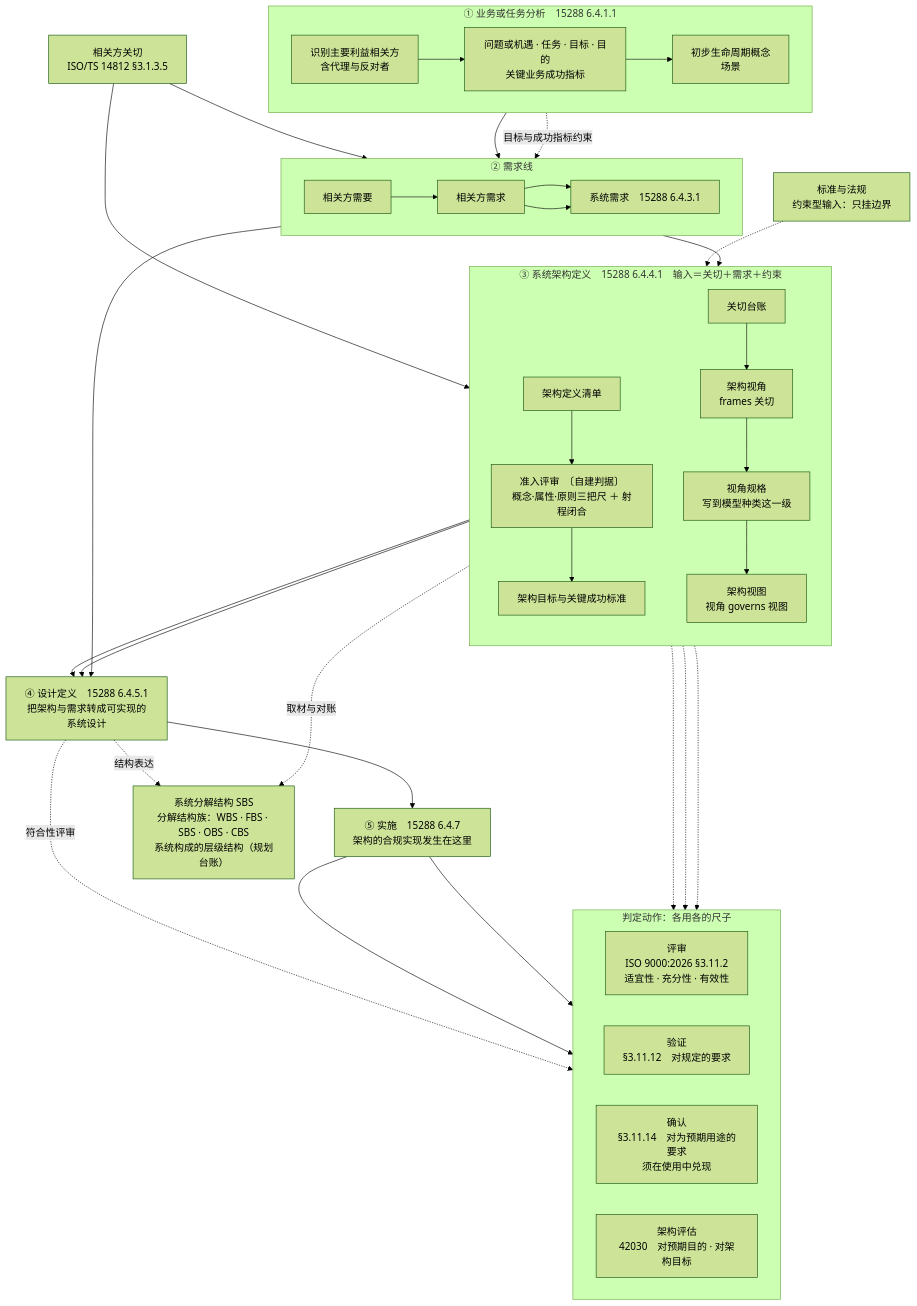
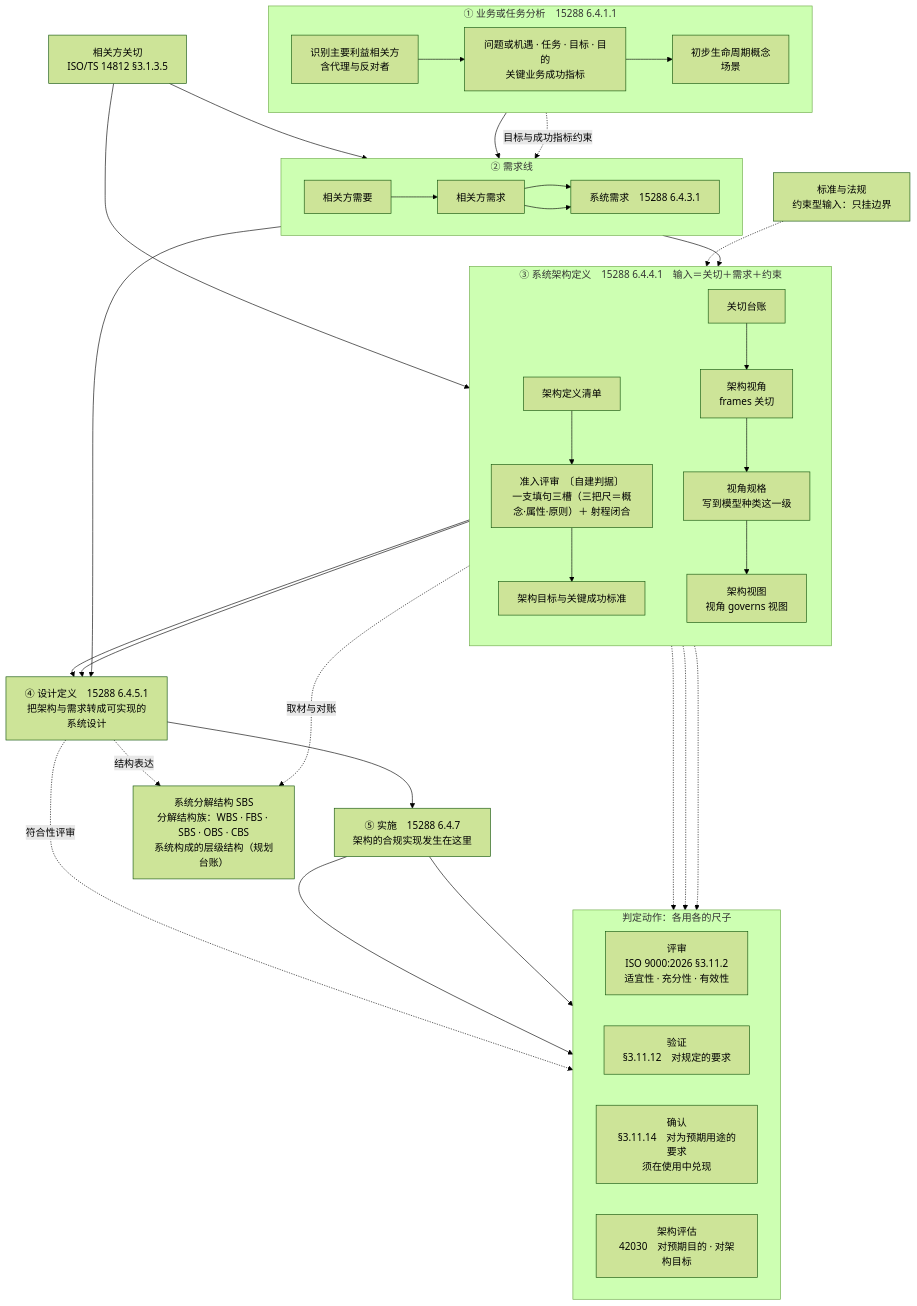
The first of 2 diagrams in 10-系统工程研究/00-系统工程相关研究报告/34-架构与设计过程模型研究报告-从术语定义到双线过程.md (Yongjunzhou/business-Engineering), drawn with Mermaid (forest theme) before and after one commit. The commit also changed other lines of this file and 21 other files, not shown here.

````diff
--- a/10-系统工程研究/00-系统工程相关研究报告/34-架构与设计过程模型研究报告-从术语定义到双线过程.md
+++ b/10-系统工程研究/00-系统工程相关研究报告/34-架构与设计过程模型研究报告-从术语定义到双线过程.md
@@ -479,67 +479,67 @@
 ```mermaid
 flowchart TD
   EXT["标准与法规<br/>约束型输入：只挂边界"]
   CON["相关方关切<br/>ISO/TS 14812 §3.1.3.5"]
 
   subgraph BMA["① 业务或任务分析　15288 6.4.1.1"]
     direction LR
     B1["识别主要利益相关方<br/>含代理与反对者"]
     B2["问题或机遇 · 任务 · 目标 · 目的<br/>关键业务成功指标"]
     B3["初步生命周期概念<br/>场景"]
     B1 --> B2 --> B3
   end
 
   subgraph REQ["② 需求线"]
     direction LR
     Q1["相关方需要"]
     Q2["相关方需求"]
     Q3["系统需求　15288 6.4.3.1"]
     Q1 --> Q2 --> Q3
   end
 
   subgraph ARC["③ 系统架构定义　15288 6.4.4.1　输入＝关切＋需求＋约束"]
     direction TB
     C1["架构定义清单"]
-    C2["准入评审　〔自建判据〕<br/>概念·属性·原则三把尺 ＋ 射程闭合"]
+    C2["准入评审　〔自建判据〕<br/>一支填句三槽（三把尺＝概念·属性·原则）＋ 射程闭合"]
     C3["关切台账"]
     C4["架构视角<br/>frames 关切"]
     C5["视角规格<br/>写到模型种类这一级"]
     C6["架构视图<br/>视角 governs 视图"]
     C7["架构目标与关键成功标准"]
     C1 --> C2 --> C7
     C3 --> C4 --> C5 --> C6
   end
 
   DES["④ 设计定义　15288 6.4.5.1<br/>把架构与需求转成可实现的系统设计"]
   IMP["⑤ 实施　15288 6.4.7<br/>架构的合规实现发生在这里"]
   PBS["系统分解结构 SBS<br/>分解结构族：WBS · FBS · SBS · OBS · CBS<br/>系统构成的层级结构（规划台账）"]
 
   B3 --> Q1
   B2 -. 目标与成功指标约束 .-> Q2
   CON --> Q2
   CON --> C3
   Q2 --> Q3
   Q3 --> C1
   Q3 --> DES
   C1 --> DES
   C6 --> DES
   DES --> IMP
 
   subgraph JDG["判定动作：各用各的尺子"]
     direction LR
     J1["评审<br/>ISO 9000:2026 §3.11.2<br/>适宜性 · 充分性 · 有效性"]
     J2["验证<br/>§3.11.12　对规定的要求"]
     J3["确认<br/>§3.11.14　对为预期用途的要求<br/>须在使用中兑现"]
     J4["架构评估<br/>42030　对预期目的 · 对架构目标"]
   end
 
   C2 -.-> J1
   C6 -.-> J1
   DES -. 符合性评审 .-> J1
   ARC -.-> J4
   IMP --> J2
   IMP --> J3
   C6 -. 取材与对账 .-> PBS
   DES -. 结构表达 .-> PBS
   EXT -.-> ARC
 ```
````
